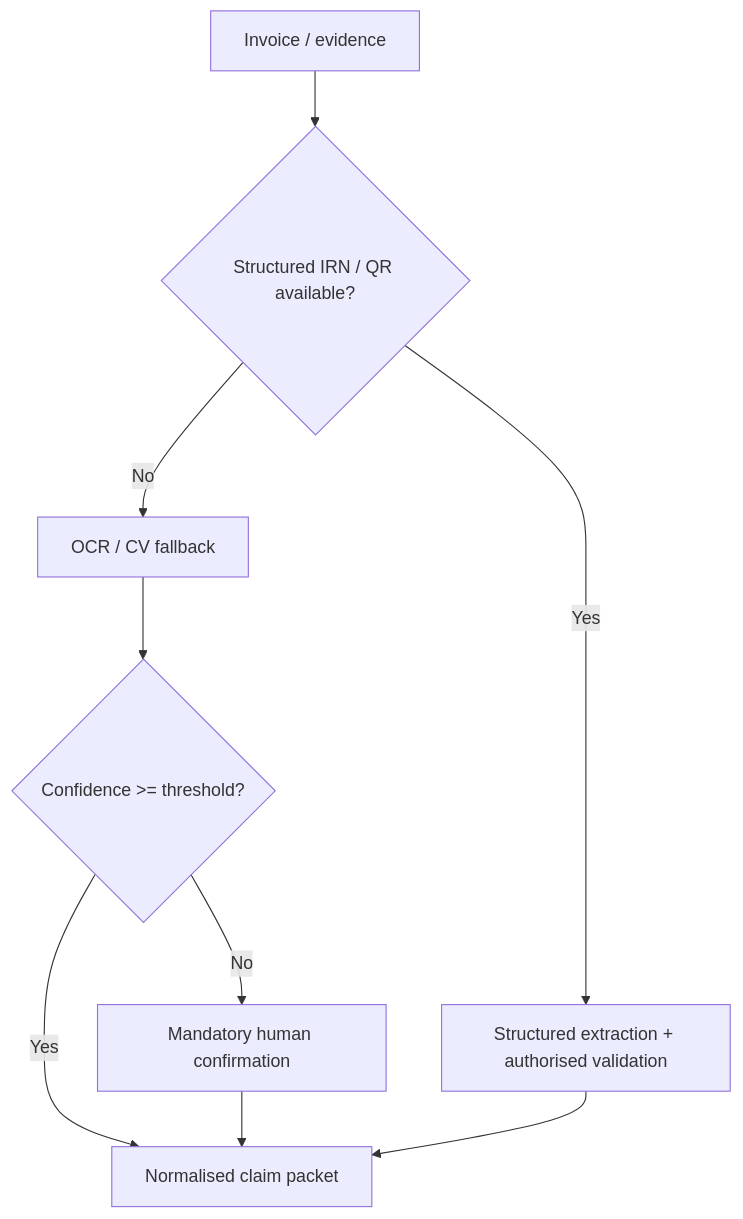
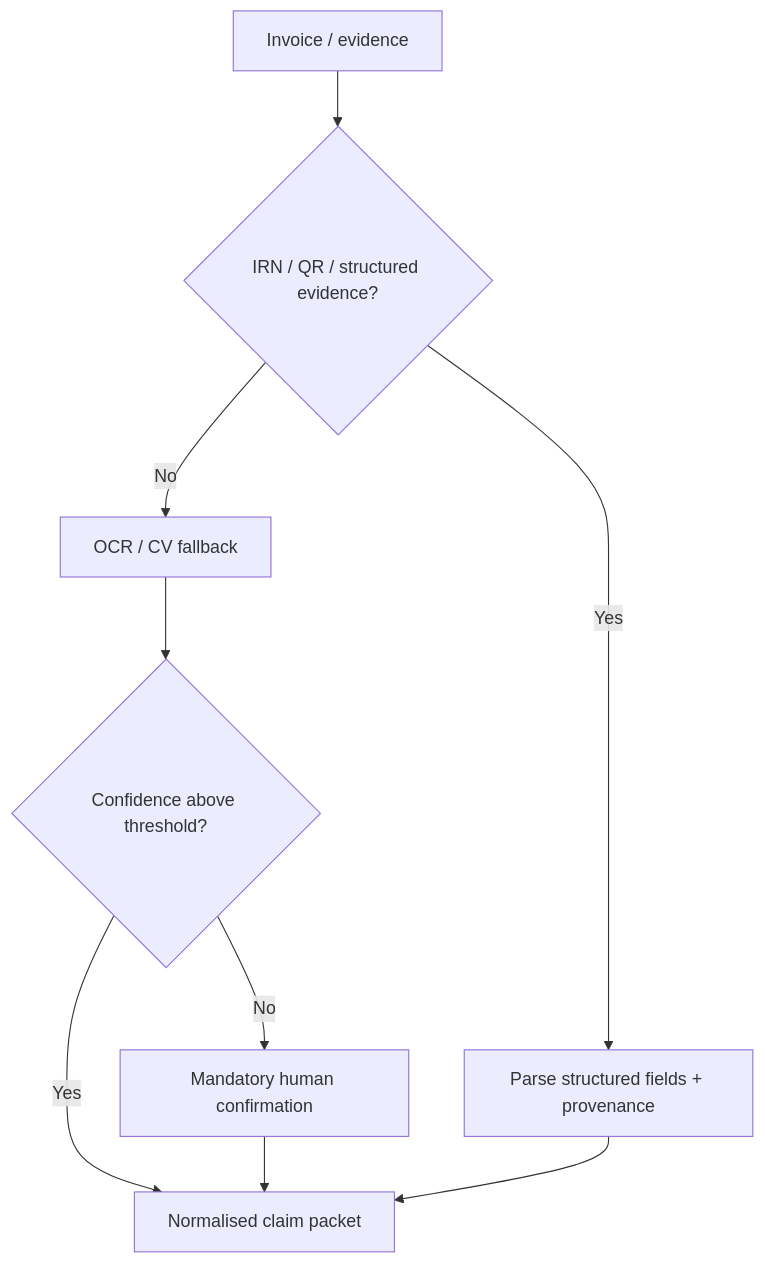
Before and after one commit to Sauravssoni/RIC-Dealer-Management-System: the second of 4 diagrams in README.md, drawn with Mermaid. The commit also changed other lines of this file, not shown here.

````diff
--- a/README.md
+++ b/README.md
@@ -98,11 +99,11 @@
 ```mermaid
 flowchart TD
-    INV[Invoice / evidence] --> Q{Structured IRN / QR available?}
-    Q -- Yes --> STRUCT[Structured extraction + authorised validation]
+    INV[Invoice / evidence] --> Q{IRN / QR / structured evidence?}
+    Q -- Yes --> STRUCT[Parse structured fields + provenance]
     Q -- No --> OCR[OCR / CV fallback]
-    OCR --> CONF{Confidence >= threshold?}
+    OCR --> CONF{Confidence above threshold?}
     CONF -- No --> HUMAN[Mandatory human confirmation]
     CONF -- Yes --> PACKET[Normalised claim packet]
     HUMAN --> PACKET
     STRUCT --> PACKET
 ```
````
